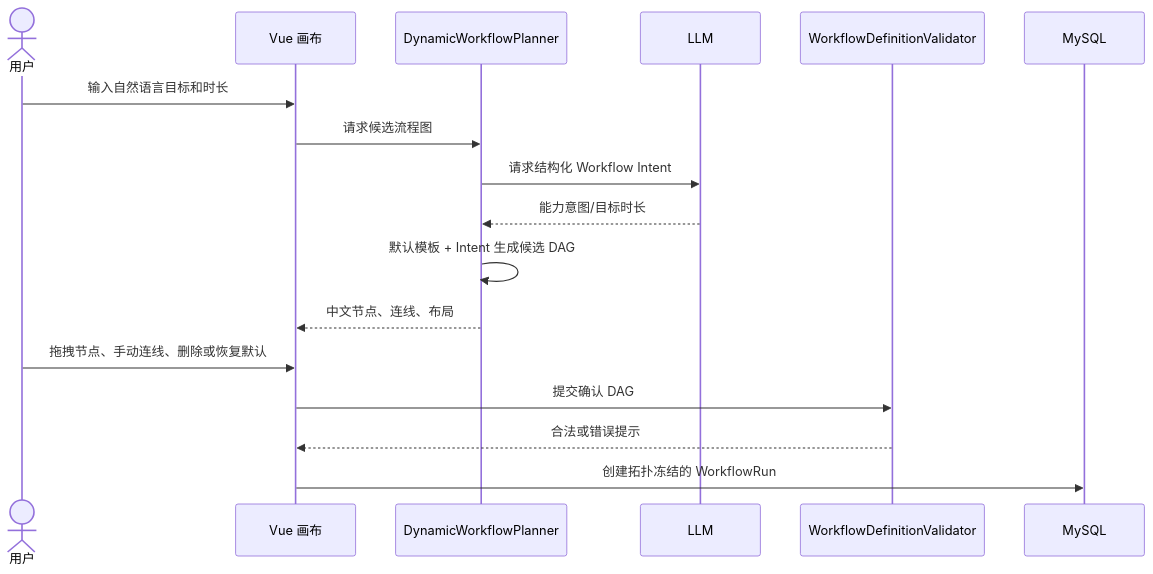
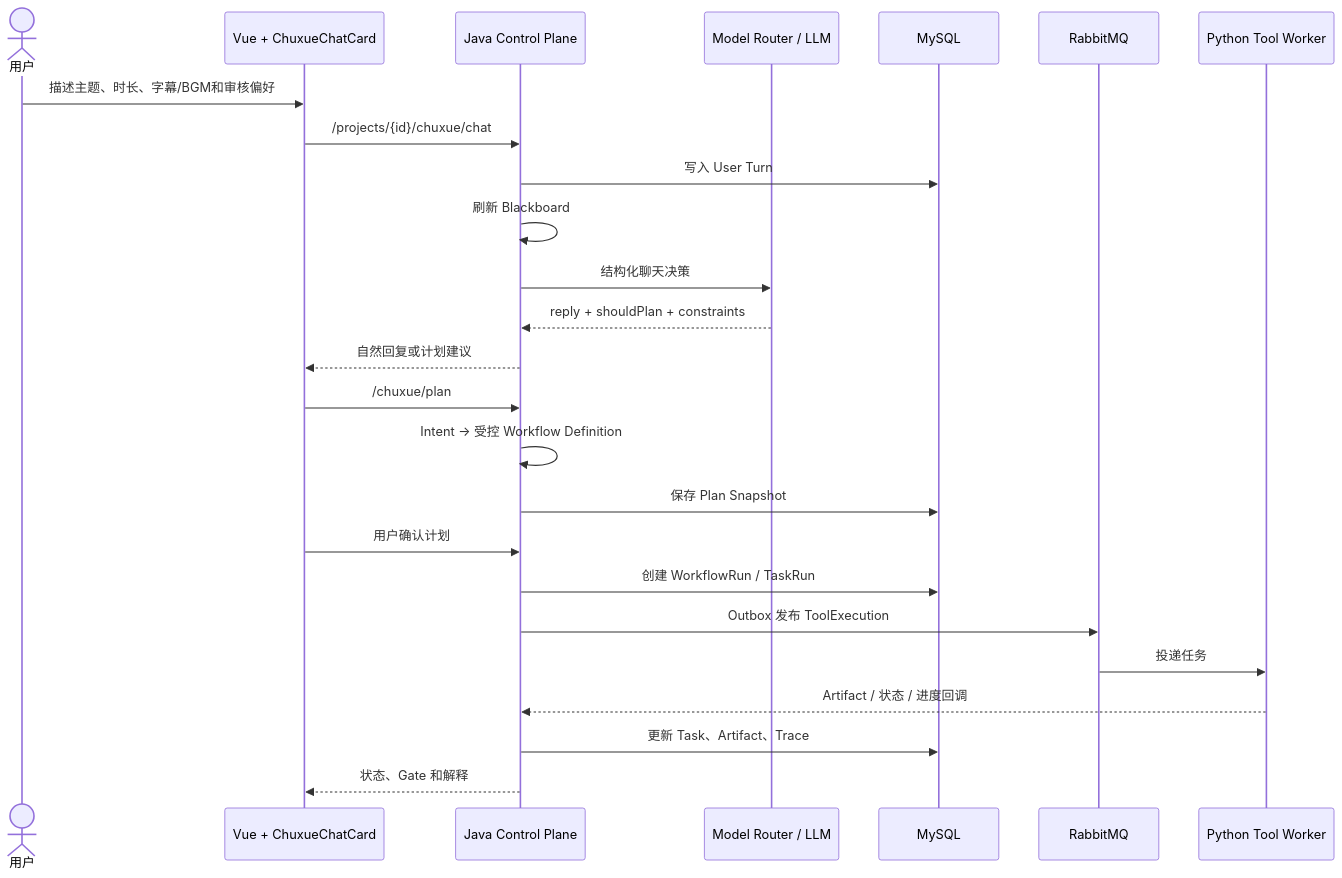
Before and after one commit to YiZhi-XianYu/YiZhiXianYu_agent_video_project: the diagram in README.md, drawn with Mermaid. The commit also changed other lines of this file and 2 other files, not shown here.

````diff
--- a/README.md
+++ b/README.md
@@ -158,20 +239,28 @@
 ```mermaid
 sequenceDiagram
     actor User as 用户
-    participant Web as Vue 画布
-    participant Java as DynamicWorkflowPlanner
-    participant LLM as LLM
-    participant Validator as WorkflowDefinitionValidator
+    participant Web as Vue + ChuxueChatCard
+    participant CP as Java Control Plane
+    participant LLM as Model Router / LLM
     participant DB as MySQL
+    participant MQ as RabbitMQ
+    participant Worker as Python Tool Worker
 
-    User->>Web: 输入自然语言目标和时长
-    Web->>Java: 请求候选流程图
-    Java->>LLM: 请求结构化 Workflow Intent
-    LLM-->>Java: 能力意图/目标时长
-    Java->>Java: 默认模板 + Intent 生成候选 DAG
-    Java-->>Web: 中文节点、连线、布局
-    User->>Web: 拖拽节点、手动连线、删除或恢复默认
-    Web->>Validator: 提交确认 DAG
-    Validator-->>Web: 合法或错误提示
-    Web->>DB: 创建拓扑冻结的 WorkflowRun
+    User->>Web: 描述主题、时长、字幕/BGM和审核偏好
+    Web->>CP: /projects/{id}/chuxue/chat
+    CP->>DB: 写入 User Turn
+    CP->>CP: 刷新 Blackboard
+    CP->>LLM: 结构化聊天决策
+    LLM-->>CP: reply + shouldPlan + constraints
+    CP-->>Web: 自然回复或计划建议
+    Web->>CP: /chuxue/plan
+    CP->>CP: Intent → 受控 Workflow Definition
+    CP->>DB: 保存 Plan Snapshot
+    Web->>CP: 用户确认计划
+    CP->>DB: 创建 WorkflowRun / TaskRun
+    CP->>MQ: Outbox 发布 ToolExecution
+    MQ->>Worker: 投递任务
+    Worker-->>CP: Artifact / 状态 / 进度回调
+    CP->>DB: 更新 Task、Artifact、Trace
+    CP-->>Web: 状态、Gate 和解释
 ```
````
